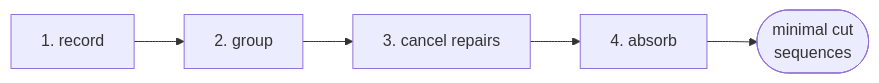
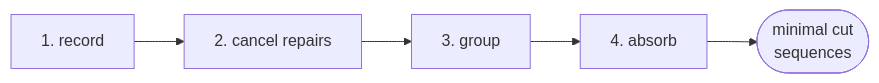
One commit to edgemind-sas/cod3s-raichu changed the diagram in docs/guides/sequence-analysis.md. Above: the diagram before and after it, drawn with Mermaid. The commit also changed other lines of this file and 9 other files, not shown here.

First line of the commit message:
fix(sequences): reduce and write a sequence campaign while it runs (#133)

````diff
--- a/docs/guides/sequence-analysis.md
+++ b/docs/guides/sequence-analysis.md
@@ -101,7 +101,7 @@
 ```mermaid
 flowchart LR
-    R["1. record"] --> G["2. group"]
-    G --> C["3. cancel repairs"]
-    C --> M["4. absorb"]
+    R["1. record"] --> C["2. cancel repairs"]
+    C --> G["3. group"]
+    G --> M["4. absorb"]
     M --> O(["minimal cut<br/>sequences"])
 ```
````
